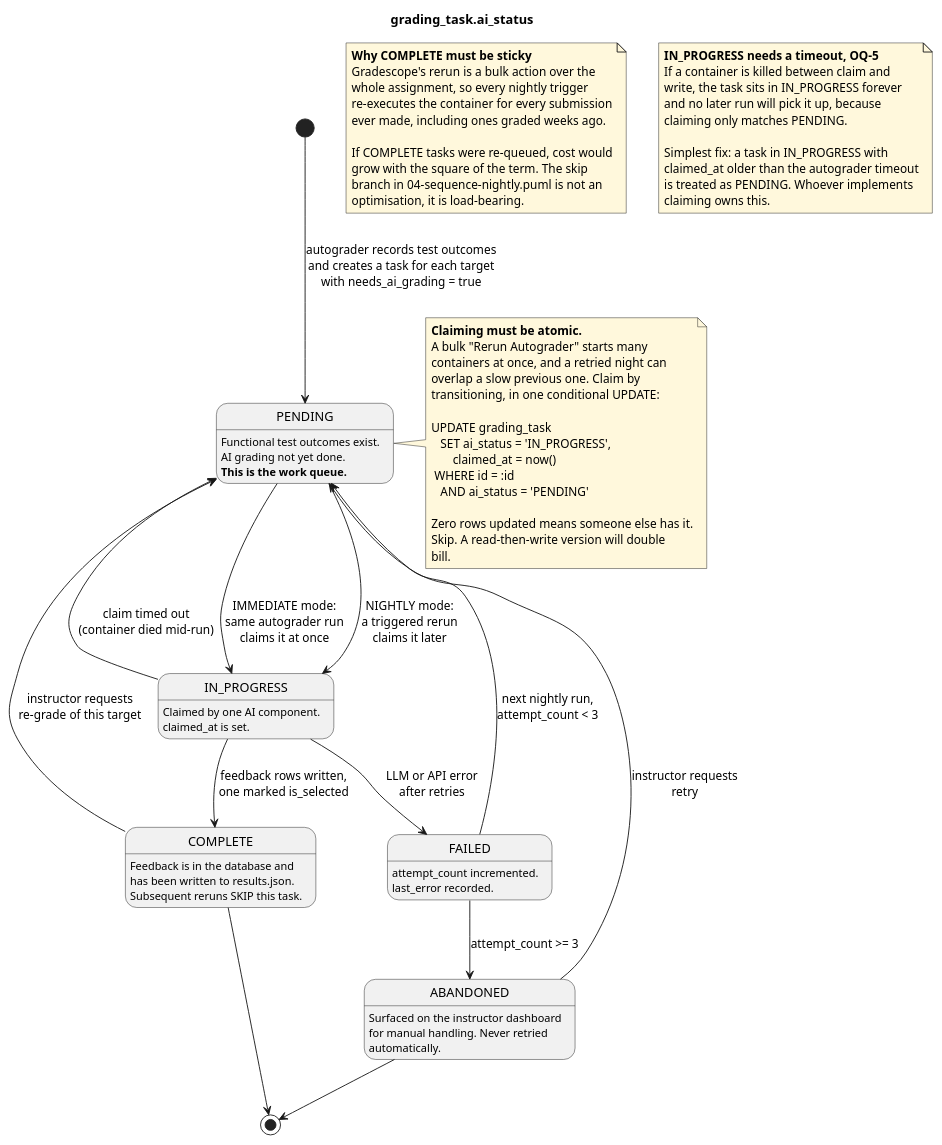
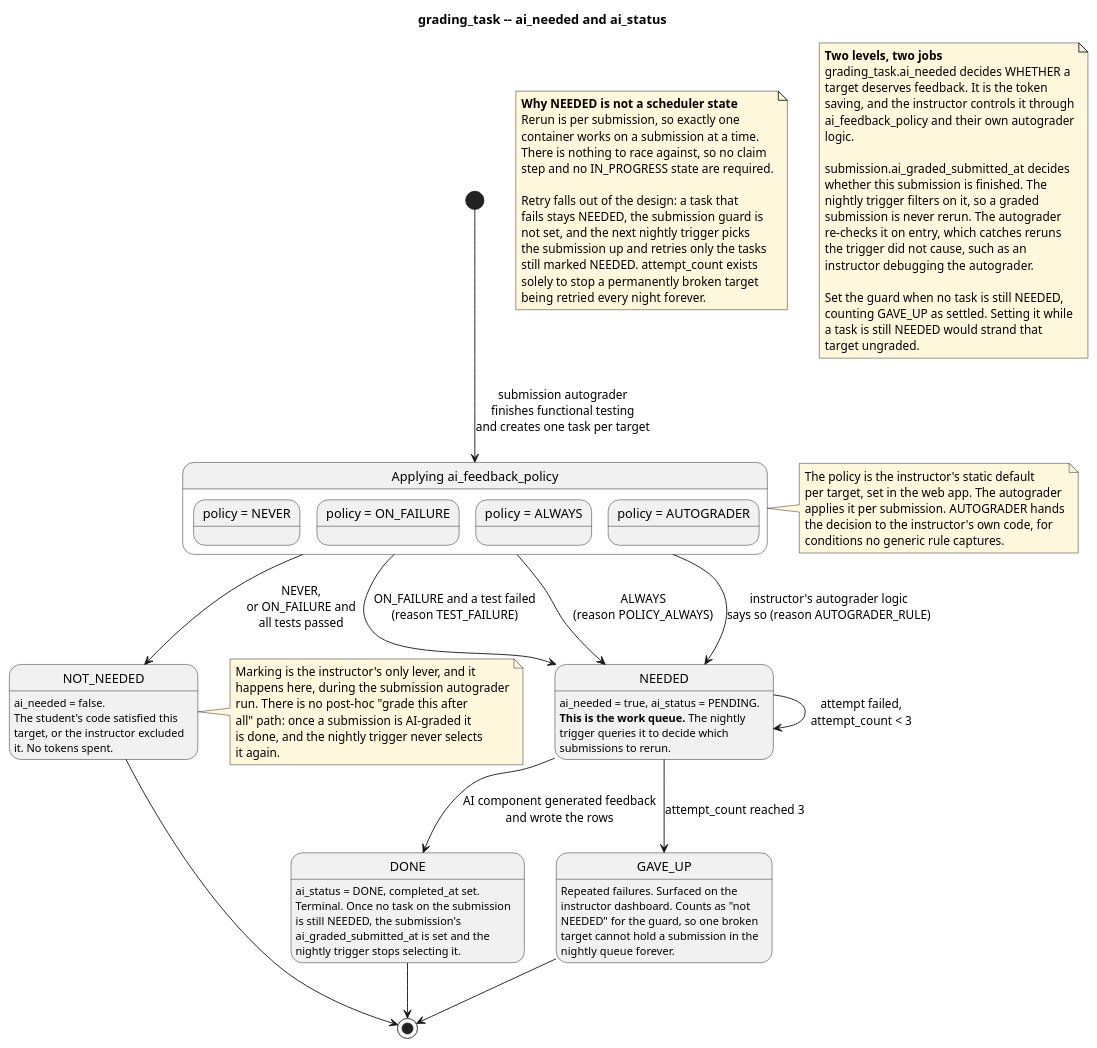
Before and after one commit to AI-Assisted-Autograder/ai-assisted-autograder: the diagram in docs/architecture/06-grading-task-state.puml, drawn with PlantUML. The commit also changed 8 other files, not shown here.

Commit message:
More clarifications on when the AI autograder is triggered.

```diff
--- a/docs/architecture/06-grading-task-state.puml
+++ b/docs/architecture/06-grading-task-state.puml
@@ -1,102 +1,119 @@
 @startuml 06-grading-task-state
 ' =====================================================================
-' grading_task.ai_status lifecycle
+' grading_task lifecycle
 ' Traces to: FR-18, FR-29, FR-30, FR-42, NFR-6
 '
-' The unit with a lifecycle is the (submission x grading target) pair,
-' not the submission, because the autograder marks individual targets
-' as needing AI grading.
+' One row per (submission, grading target). Two fields:
+'   ai_needed  -- does this target need AI feedback at all
+'   ai_status  -- has that feedback been produced
 '
-' Both modes share this machine. The only difference is WHO advances
-' PENDING -> IN_PROGRESS: the same autograder run in immediate mode,
-' a later triggered rerun in nightly mode.
+' ai_needed is the important one. It is set by the submission
+' autograder after functional testing, under instructor control, and it
+' is what stops the system spending tokens explaining correct code.
 ' =====================================================================
 
-title grading_task.ai_status
+title grading_task -- ai_needed and ai_status
 
 skinparam shadowing false
 skinparam defaultFontName Helvetica
 
-[*] --> PENDING : autograder records test outcomes\nand creates a task for each target\nwith needs_ai_grading = true
+[*] --> Marking : submission autograder\nfinishes functional testing\nand creates one task per target
 
-PENDING : Functional test outcomes exist.
-PENDING : AI grading not yet done.
-PENDING : **This is the work queue.**
+state "Applying ai_feedback_policy" as Marking {
+  state "policy = NEVER" as c_never
+  state "policy = ON_FAILURE" as c_onfail
+  state "policy = ALWAYS" as c_always
+  state "policy = AUTOGRADER" as c_auto
+}
 
-PENDING --> IN_PROGRESS : IMMEDIATE mode:\nsame autograder run\nclaims it at once
-PENDING --> IN_PROGRESS : NIGHTLY mode:\na triggered rerun\nclaims it later
+Marking --> NOT_NEEDED : NEVER,\nor ON_FAILURE and\nall tests passed
+Marking --> NEEDED : ON_FAILURE and a test failed\n(reason TEST_FAILURE)
+Marking --> NEEDED : ALWAYS\n(reason POLICY_ALWAYS)
+Marking --> NEEDED : instructor's autograder logic\nsays so (reason AUTOGRADER_RULE)
 
-IN_PROGRESS : Claimed by one AI component.
-IN_PROGRESS : claimed_at is set.
+note right of NOT_NEEDED #FFF8DC
+  Marking is the instructor's only lever, and it
+  happens here, during the submission autograder
+  run. There is no post-hoc "grade this after
+  all" path: once a submission is AI-graded it
+  is done, and the nightly trigger never selects
+  it again.
+end note
 
-IN_PROGRESS --> COMPLETE : feedback rows written,\none marked is_selected
-IN_PROGRESS --> FAILED : LLM or API error\nafter retries
-IN_PROGRESS --> PENDING : claim timed out\n(container died mid-run)
+NOT_NEEDED : ai_needed = false.
+NOT_NEEDED : The student's code satisfied this
+NOT_NEEDED : target, or the instructor excluded
+NOT_NEEDED : it. No tokens spent.
 
-COMPLETE : Feedback is in the database and
-COMPLETE : has been written to results.json.
-COMPLETE : Subsequent reruns SKIP this task.
+NEEDED : ai_needed = true, ai_status = PENDING.
+NEEDED : **This is the work queue.** The nightly
+NEEDED : trigger queries it to decide which
+NEEDED : submissions to rerun.
 
-COMPLETE --> [*]
+NEEDED --> DONE : AI component generated feedback\nand wrote the rows
+NEEDED --> NEEDED : attempt failed,\nattempt_count < 3
+NEEDED --> GAVE_UP : attempt_count reached 3
 
-FAILED : attempt_count incremented.
-FAILED : last_error recorded.
+DONE : ai_status = DONE, completed_at set.
+DONE : Terminal. Once no task on the submission
+DONE : is still NEEDED, the submission's
+DONE : ai_graded_submitted_at is set and the
+DONE : nightly trigger stops selecting it.
 
-FAILED --> PENDING : next nightly run,\nattempt_count < 3
-FAILED --> ABANDONED : attempt_count >= 3
+GAVE_UP : Repeated failures. Surfaced on the
+GAVE_UP : instructor dashboard. Counts as "not
+GAVE_UP : NEEDED" for the guard, so one broken
+GAVE_UP : target cannot hold a submission in the
+GAVE_UP : nightly queue forever.
 
-ABANDONED : Surfaced on the instructor dashboard
-ABANDONED : for manual handling. Never retried
-ABANDONED : automatically.
+DONE --> [*]
+NOT_NEEDED --> [*]
+GAVE_UP --> [*]
 
-ABANDONED --> [*]
+note right of Marking #FFF8DC
+  The policy is the instructor's static default
+  per target, set in the web app. The autograder
+  applies it per submission. AUTOGRADER hands
+  the decision to the instructor's own code, for
+  conditions no generic rule captures.
+end note
 
-' Instructor-driven re-grade, e.g. after a rubric fix
-COMPLETE --> PENDING : instructor requests\nre-grade of this target
-ABANDONED --> PENDING : instructor requests\nretry
+note as N1 #FFF8DC
+  **Why NEEDED is not a scheduler state**
+  Rerun is per submission, so exactly one
+  container works on a submission at a time.
+  There is nothing to race against, so no claim
+  step and no IN_PROGRESS state are required.
 
-note right of PENDING #FFF8DC
-  **Claiming must be atomic.**
-  A bulk "Rerun Autograder" starts many
-  containers at once, and a retried night can
-  overlap a slow previous one. Claim by
-  transitioning, in one conditional UPDATE:
-
-  UPDATE grading_task
-     SET ai_status = 'IN_PROGRESS',
-         claimed_at = now()
-   WHERE id = :id
-     AND ai_status = 'PENDING'
-
-  Zero rows updated means someone else has it.
-  Skip. A read-then-write version will double
-  bill.
+  Retry falls out of the design: a task that
+  fails stays NEEDED, the submission guard is
+  not set, and the next nightly trigger picks
+  the submission up and retries only the tasks
+  still marked NEEDED. attempt_count exists
+  solely to stop a permanently broken target
+  being retried every night forever.
 end note
 
 note as N2 #FFF8DC
-  **Why COMPLETE must be sticky**
-  Gradescope's rerun is a bulk action over the
-  whole assignment, so every nightly trigger
-  re-executes the container for every submission
-  ever made, including ones graded weeks ago.
+  **Two levels, two jobs**
+  grading_task.ai_needed decides WHETHER a
+  target deserves feedback. It is the token
+  saving, and the instructor controls it through
+  ai_feedback_policy and their own autograder
+  logic.
 
-  If COMPLETE tasks were re-queued, cost would
-  grow with the square of the term. The skip
-  branch in 04-sequence-nightly.puml is not an
-  optimisation, it is load-bearing.
-end note
+  submission.ai_graded_submitted_at decides
+  whether this submission is finished. The
+  nightly trigger filters on it, so a graded
+  submission is never rerun. The autograder
+  re-checks it on entry, which catches reruns
+  the trigger did not cause, such as an
+  instructor debugging the autograder.
 
-note as N3 #FFF8DC
-  **IN_PROGRESS needs a timeout, OQ-5**
-  If a container is killed between claim and
-  write, the task sits in IN_PROGRESS forever
-  and no later run will pick it up, because
-  claiming only matches PENDING.
-
-  Simplest fix: a task in IN_PROGRESS with
-  claimed_at older than the autograder timeout
-  is treated as PENDING. Whoever implements
-  claiming owns this.
+  Set the guard when no task is still NEEDED,
+  counting GAVE_UP as settled. Setting it while
+  a task is still NEEDED would strand that
+  target ungraded.
 end note
 
 @enduml
```
